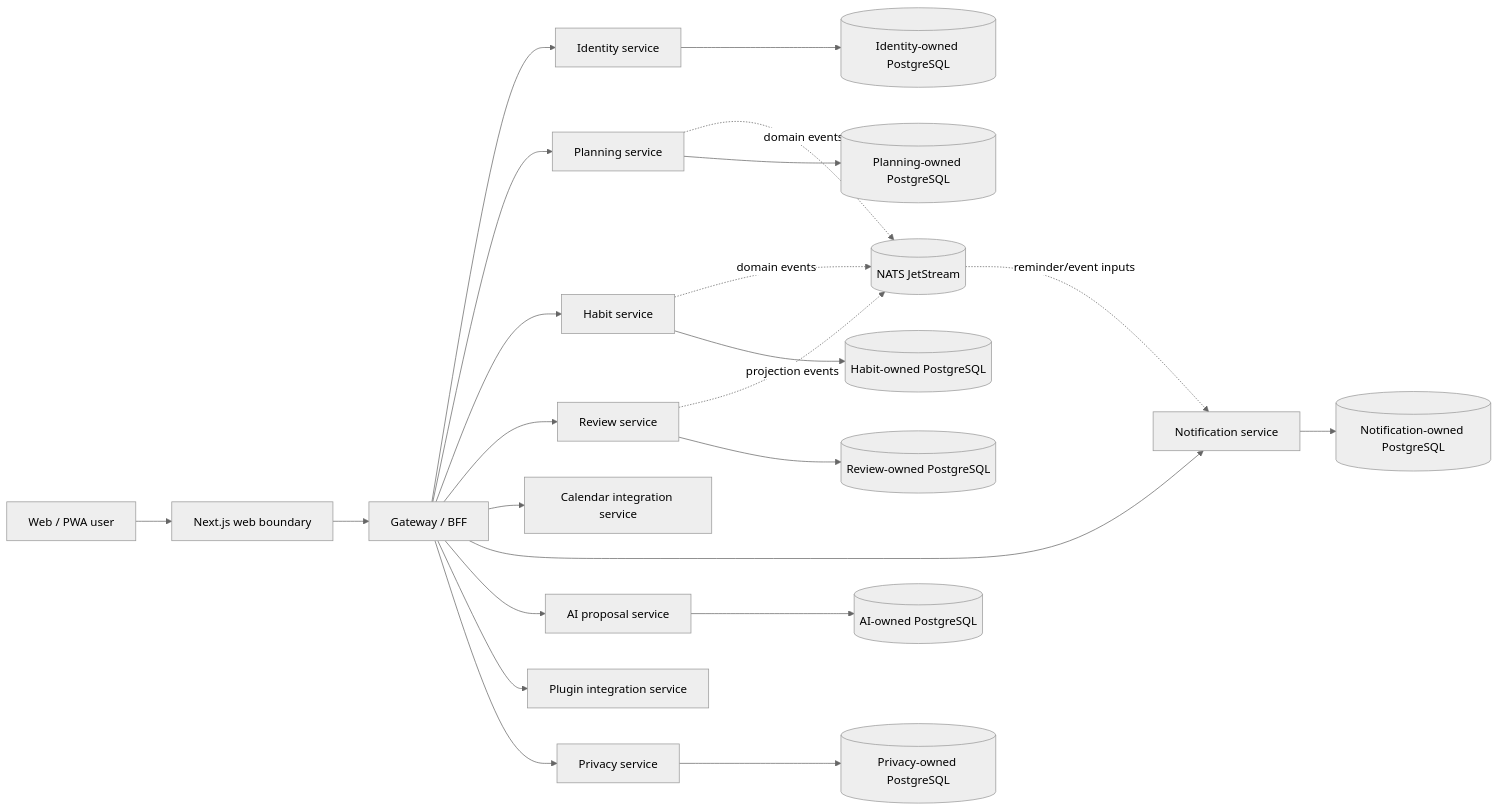
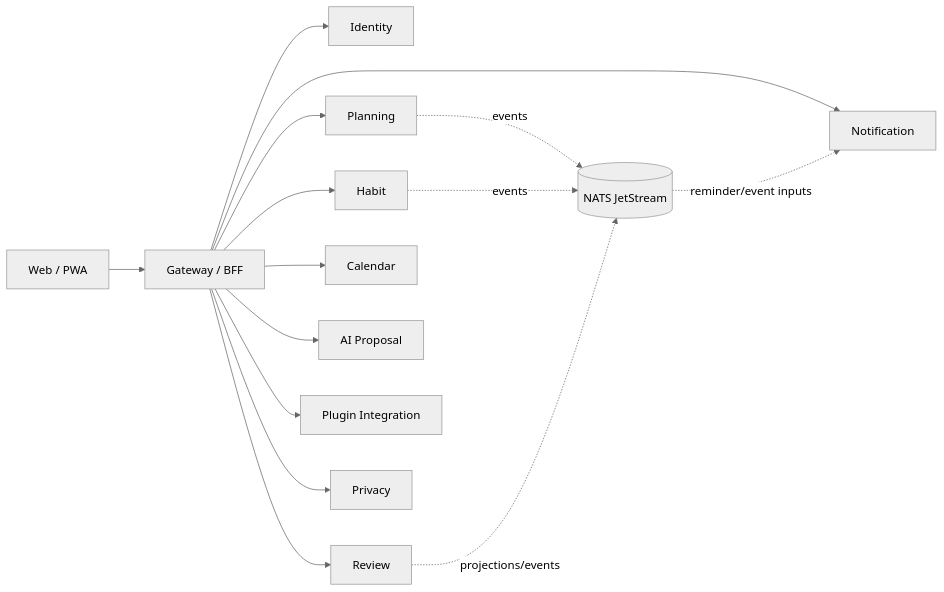
Before and after one commit to ContextualWisdomLab/life-os: the diagram in ARCHITECTURE.md, drawn with Mermaid (neutral theme). The commit also changed other lines of this file, not shown here.

Commit message:
docs(architecture): reconcile protected integration authority and verification successor

````diff
--- a/ARCHITECTURE.md
+++ b/ARCHITECTURE.md
@@ -11,27 +11,17 @@
 ```mermaid
 flowchart LR
-    U[Web / PWA user] --> W[Next.js web boundary]
-    W --> G[Gateway / BFF]
-    G --> I[Identity service]
-    G --> P[Planning service]
-    G --> H[Habit service]
-    G --> R[Review service]
-    G --> C[Calendar integration service]
-    G --> Q[Notification service]
-    G --> A[AI proposal service]
-    G --> X[Plugin integration service]
-    G --> V[Privacy service]
-
-    P -. domain events .-> N[(NATS JetStream)]
-    H -. domain events .-> N
-    R -. projection events .-> N
-    N -. reminder/event inputs .-> Q
-
-    I --> IDB[(Identity-owned PostgreSQL)]
-    P --> PDB[(Planning-owned PostgreSQL)]
-    H --> HDB[(Habit-owned PostgreSQL)]
-    R --> RDB[(Review-owned PostgreSQL)]
-    Q --> NDB[(Notification-owned PostgreSQL)]
-    A --> ADB[(AI-owned PostgreSQL)]
-    V --> VDB[(Privacy-owned PostgreSQL)]
+    U[Web / PWA] --> G[Gateway / BFF]
+    G --> I[Identity]
+    G --> P[Planning]
+    G --> H[Habit]
+    G --> R[Review]
+    G --> C[Calendar]
+    G --> N[Notification]
+    G --> A[AI Proposal]
+    G --> X[Plugin Integration]
+    G --> V[Privacy]
+    P -. events .-> J[(NATS JetStream)]
+    H -. events .-> J
+    R -. projections/events .-> J
+    J -. reminder/event inputs .-> N
 ```
````
